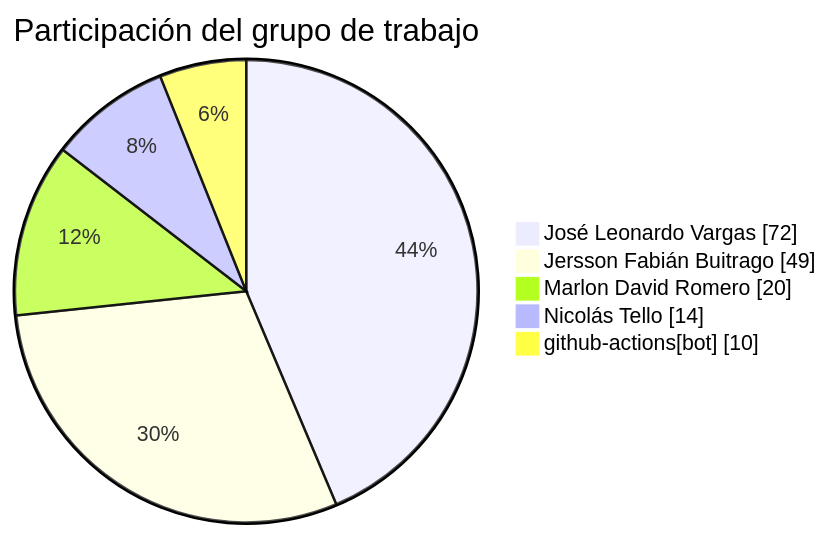
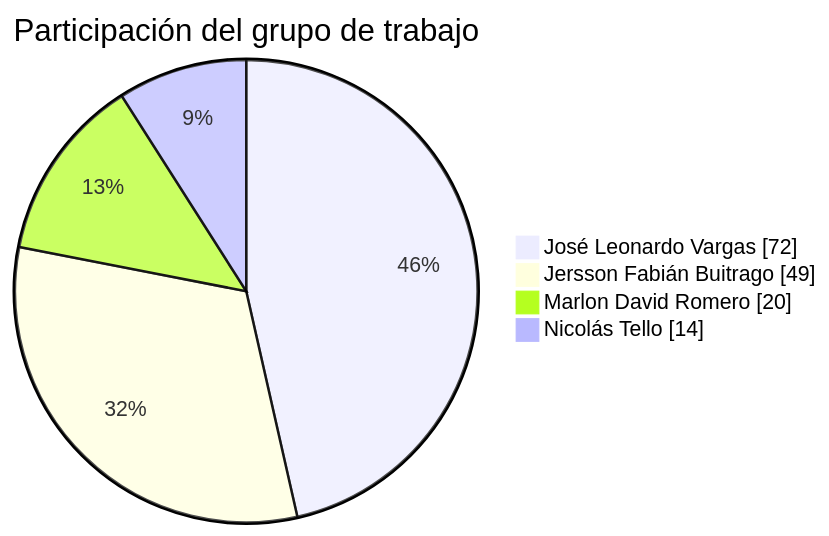
Before and after one commit to FarmaExpres/FarmaExpres: the first of 2 diagrams in README.md, drawn with Mermaid. The commit also changed other lines of this file and 2 other files, not shown here.

````diff
--- a/README.md
+++ b/README.md
@@ -27,9 +26,8 @@
 ```mermaid
 pie showData
     title Participación del grupo de trabajo
     "José Leonardo Vargas" : 72
     "Jersson Fabián Buitrago" : 49
     "Marlon David Romero" : 20
     "Nicolás Tello" : 14
-    "github-actions[bot]" : 10
 ```
````
